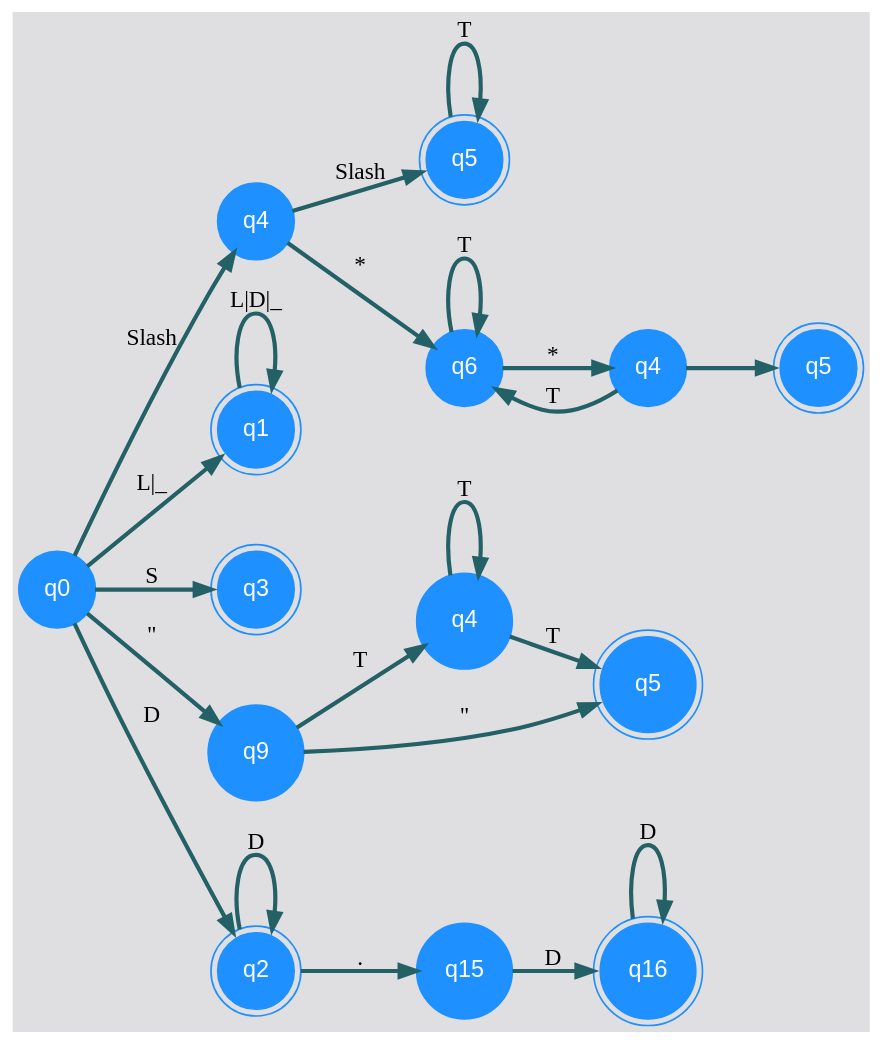
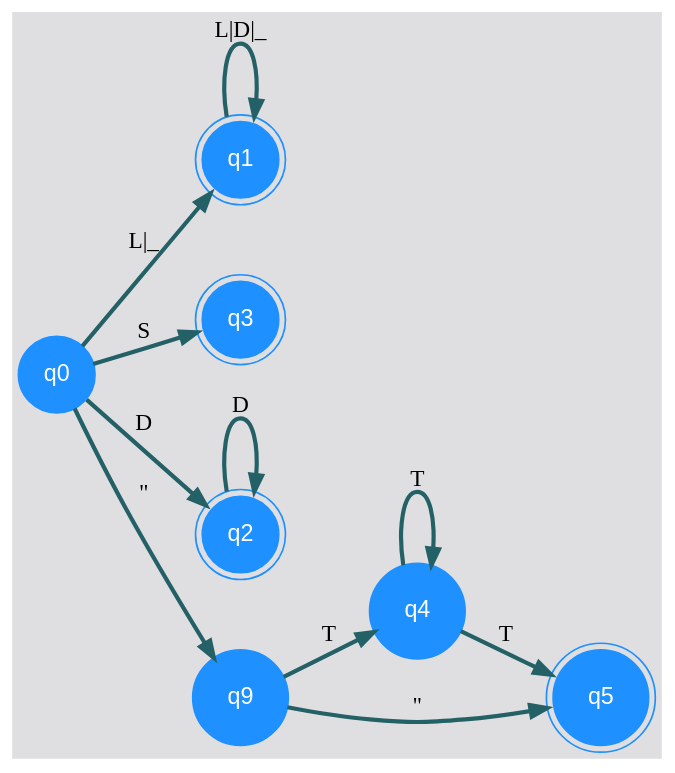
One commit to hr9457/OLC1_Proyecto1_201314296 changed the diagram in ReporteGrafico/grafo.dot. Above: the diagram before and after it, drawn with Graphviz. The commit also changed 3 other files, not shown here.

```diff
--- a/ReporteGrafico/grafo.dot
+++ b/ReporteGrafico/grafo.dot
@@ -1,42 +1,24 @@
 digraph automa {
 nodesep=0.6;
 rankdir=LR;
 bgcolor = "#DFDFE1";
 node [shape = circle, color=dodgerblue,style=filled,fontname ="helvetica" ,fontcolor=white];
 edge[penwidth=2.5, color="#246167" ,fontname ="Comic Sans MS",fontcolor=Black ]
 nodoRaiz[label="q0"];
-nodoSlash [shape=circle, label="q4"];
-nodoTodillo [shape=doublecircle, label="q5"];
-nodoRaiz->nodoSlash [label=" Slash\ "];
-nodoSlash->nodoTodillo [label=" Slash\ "];
-nodoTodillo->nodoTodillo [label=" T "];
-nodoAsterisco [shape=circle, label="q6"];
-nodoAsterisco2 [shape=circle, label="q4"];
-nodoSlashFinal [shape=doublecircle, label="q5"];
-nodoSlash->nodoAsterisco [label=" * "];
-nodoAsterisco->nodoAsterisco [label=" T "];
-nodoAsterisco->nodoAsterisco2 [label=" * "];
-nodoAsterisco2->nodoAsterisco [label=" T "];
-nodoAsterisco2->nodoSlashFinal [label=" \ "]; 
 nodoLetra[shape=doublecircle,label="q1"];
 nodoRaiz->nodoLetra[label="L|_"];
 nodoLetra->nodoLetra[label="L|D|_"];
 nodoSimbolo [shape=doublecircle, label="q3"];
 nodoRaiz->nodoSimbolo[label="S"];
+nodoDigito[shape=doublecircle,label="q2"];
+nodoRaiz->nodoDigito[label="D"];
+nodoDigito->nodoDigito[label="D"];
 nodoComilla1 [shape=circle, label=" q9 "];
 nodoT [shape=circle, label=" q4 "];
 nodoComilla2 [shape=doublecircle, label=" q5 "];
 nodoRaiz->nodoComilla1 [label=" \" "];
 nodoComilla1->nodoT [label=" T "];
 nodoT->nodoT [label=" T "];
 nodoT->nodoComilla2 [label=" T "];
 nodoComilla1->nodoComilla2 [label=" \" "]; 
-nodoDigito[shape=doublecircle,label="q2"];
-nodoRaiz->nodoDigito[label="D"];
-nodoDigito->nodoDigito[label="D"];
-nodoPunto[shape=circle,label="q15"];
-nodoDecimal[shape=doublecircle,label="q16"];
-nodoDigito->nodoPunto[label="."];
-nodoPunto->nodoDecimal[label="D"];
-nodoDecimal->nodoDecimal[label="D"];
 }
```
